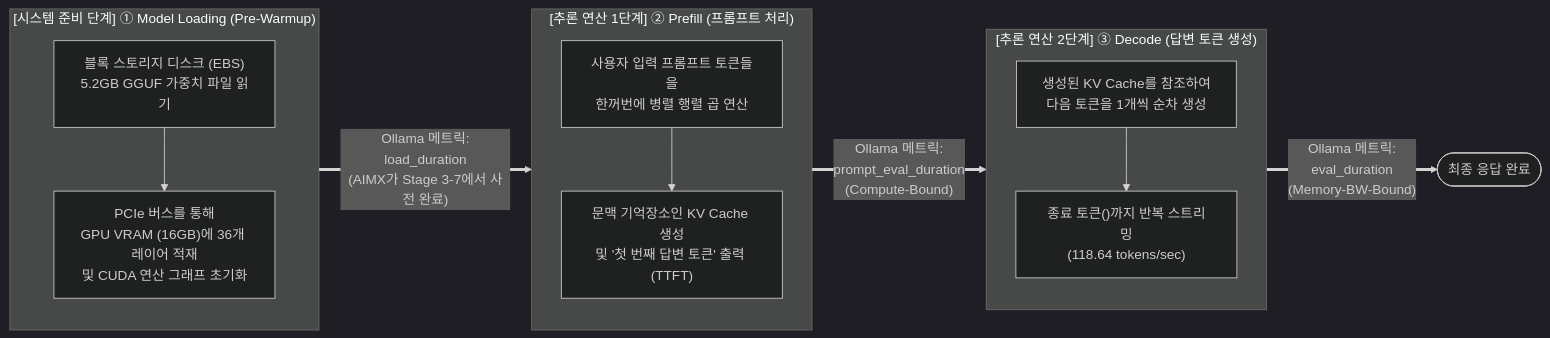
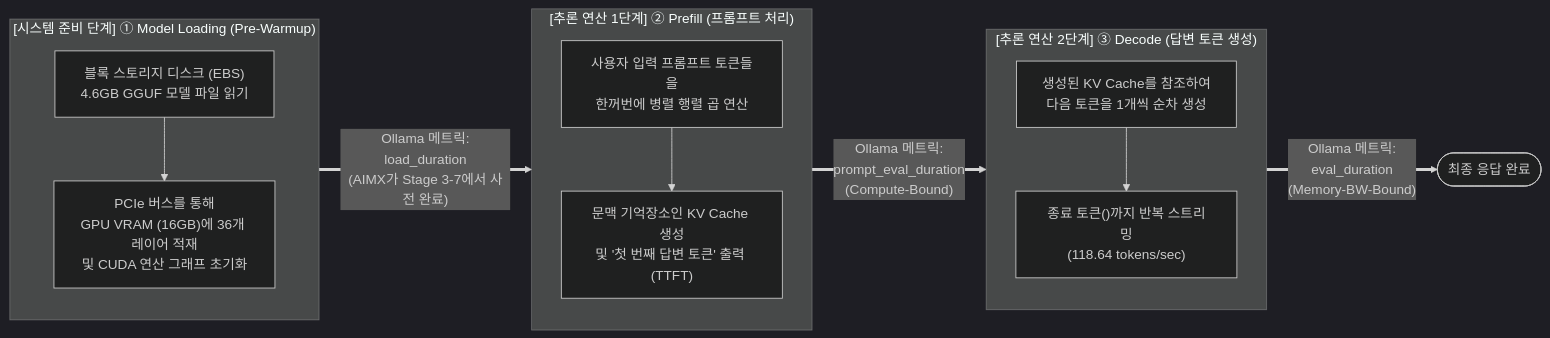
The second of 2 diagrams in docs/poc/ai-service-stack-reference.md (cloud-barista/cm-beetle), drawn with Mermaid (dark theme) before and after one commit. The commit also changed other lines of this file and 8 other files, not shown here.

````diff
--- a/docs/poc/ai-service-stack-reference.md
+++ b/docs/poc/ai-service-stack-reference.md
@@ -133,27 +138,27 @@
 ```mermaid
 flowchart LR
     subgraph Step1["[시스템 준비 단계] ① Model Loading (Pre-Warmup)"]
         direction TB
-        L1["블록 스토리지 디스크 (EBS)\n5.2GB GGUF 가중치 파일 읽기"]
+        L1["블록 스토리지 디스크 (EBS)\n4.6GB GGUF 모델 파일 읽기"]
         L2["PCIe 버스를 통해\nGPU VRAM (16GB)에 36개 레이어 적재\n및 CUDA 연산 그래프 초기화"]
         L1 --> L2
     end
 
     subgraph Step2["[추론 연산 1단계] ② Prefill (프롬프트 처리)"]
         direction TB
         P1["사용자 입력 프롬프트 토큰들을\n한꺼번에 병렬 행렬 곱 연산"]
         P2["문맥 기억장소인 KV Cache 생성\n및 '첫 번째 답변 토큰' 출력 (TTFT)"]
         P1 --> P2
     end
 
     subgraph Step3["[추론 연산 2단계] ③ Decode (답변 토큰 생성)"]
         direction TB
         D1["생성된 KV Cache를 참조하여\n다음 토큰을 1개씩 순차 생성"]
         D2["종료 토큰(<eos>)까지 반복 스트리밍\n(118.64 tokens/sec)"]
         D1 --> D2
     end
 
     Step1 ==>|"Ollama 메트릭:\nload_duration\n(AIMX가 Stage 3-7에서 사전 완료)"| Step2
     Step2 ==>|"Ollama 메트릭:\nprompt_eval_duration\n(Compute-Bound)"| Step3
     Step3 ==>|"Ollama 메트릭:\neval_duration\n(Memory-BW-Bound)"| Out(["최종 응답 완료"])
 ```
````
